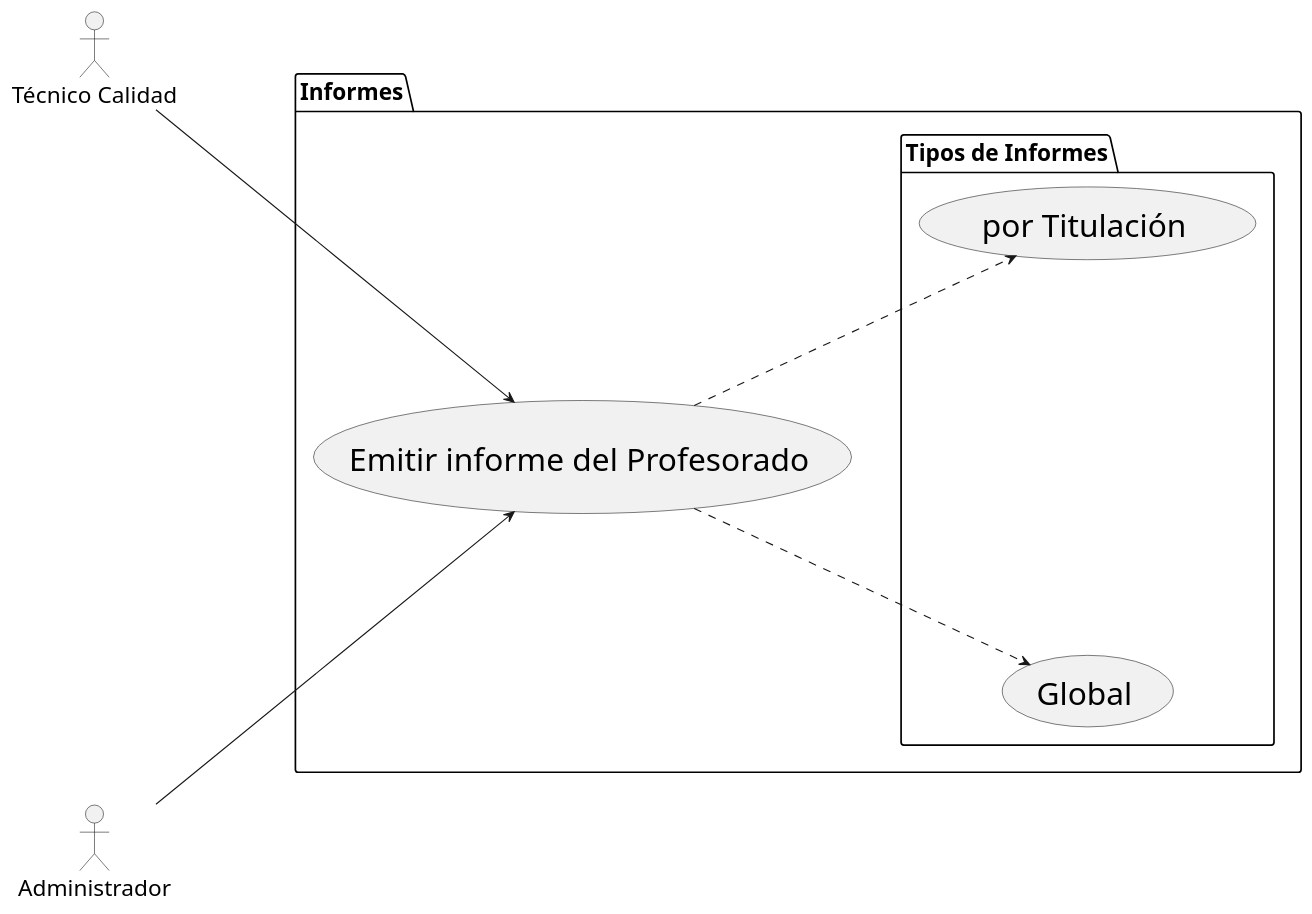
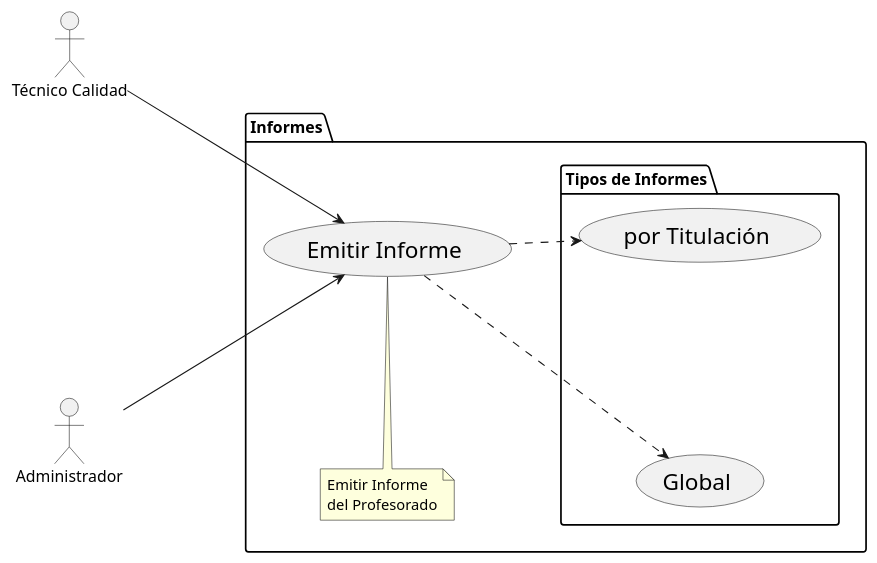
The diagram in modelosUML/CdU/Individuales/EmitirInforme.puml (mmasias/24-25-IdSw1-SDR), drawn with PlantUML before and after one commit. The commit also changed 18 other files, not shown here.

```diff
--- a/modelosUML/CdU/Individuales/EmitirInforme.puml
+++ b/modelosUML/CdU/Individuales/EmitirInforme.puml
@@ -1,34 +1,30 @@
 @startuml
 left to right direction
 
-skinparam actor {
+skinparam usecase {
     FontSize 20
 }
 
-skinparam usecase {
-    FontSize 28
-}
-
-skinparam package {
-    FontSize 20
-}
-
-skinparam nodesep 350
+skinparam nodesep 170
 
 actor "Técnico Calidad" as tec
 actor "Administrador" as admin
 
 package "Informes" as informes {
-    usecase "Emitir informe del Profesorado" as emitirInforme
+    usecase "Emitir Informe" as emitirInforme
     package "Tipos de Informes" {
         usecase "por Titulación" as titulacion
         usecase "Global" as global
     }
+    note top of emitirInforme
+        Emitir Informe
+        del Profesorado
+    end note
 }
 
 emitirInforme ..> titulacion
 emitirInforme ..> global
 
 tec ---> emitirInforme
 admin ---> emitirInforme
 @enduml
```
